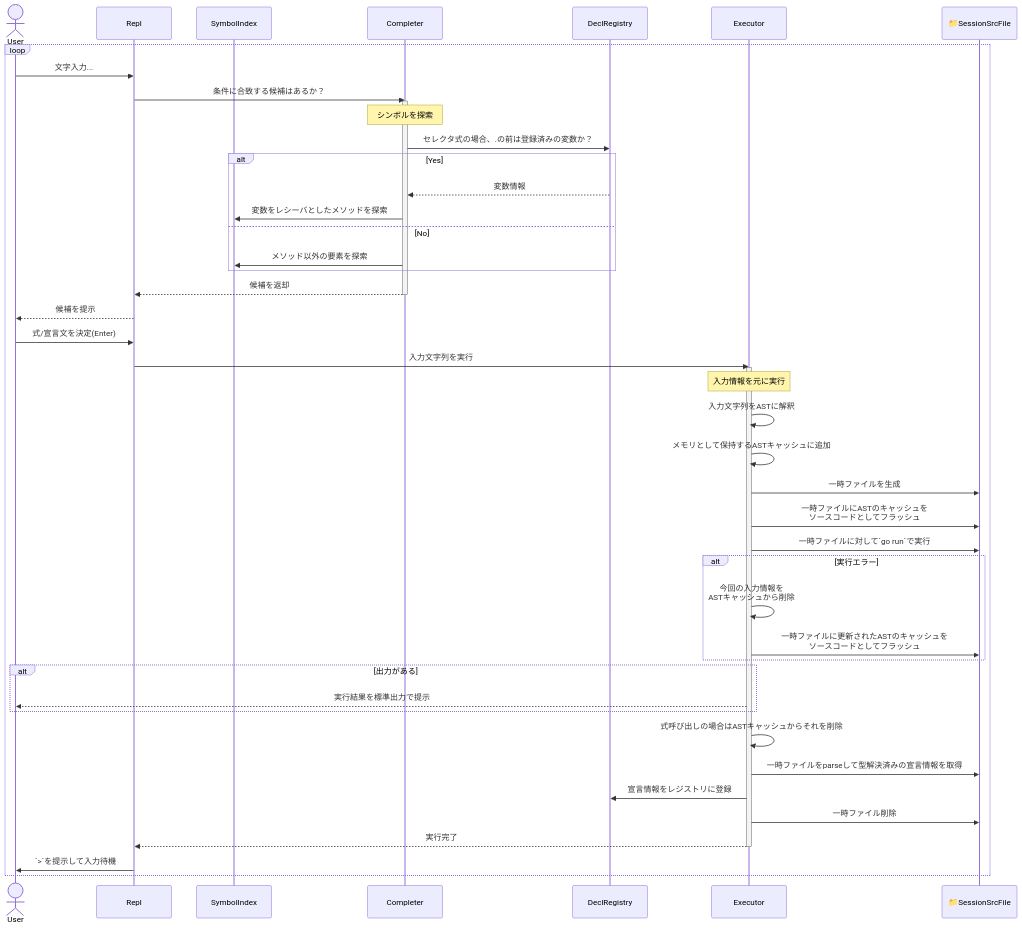
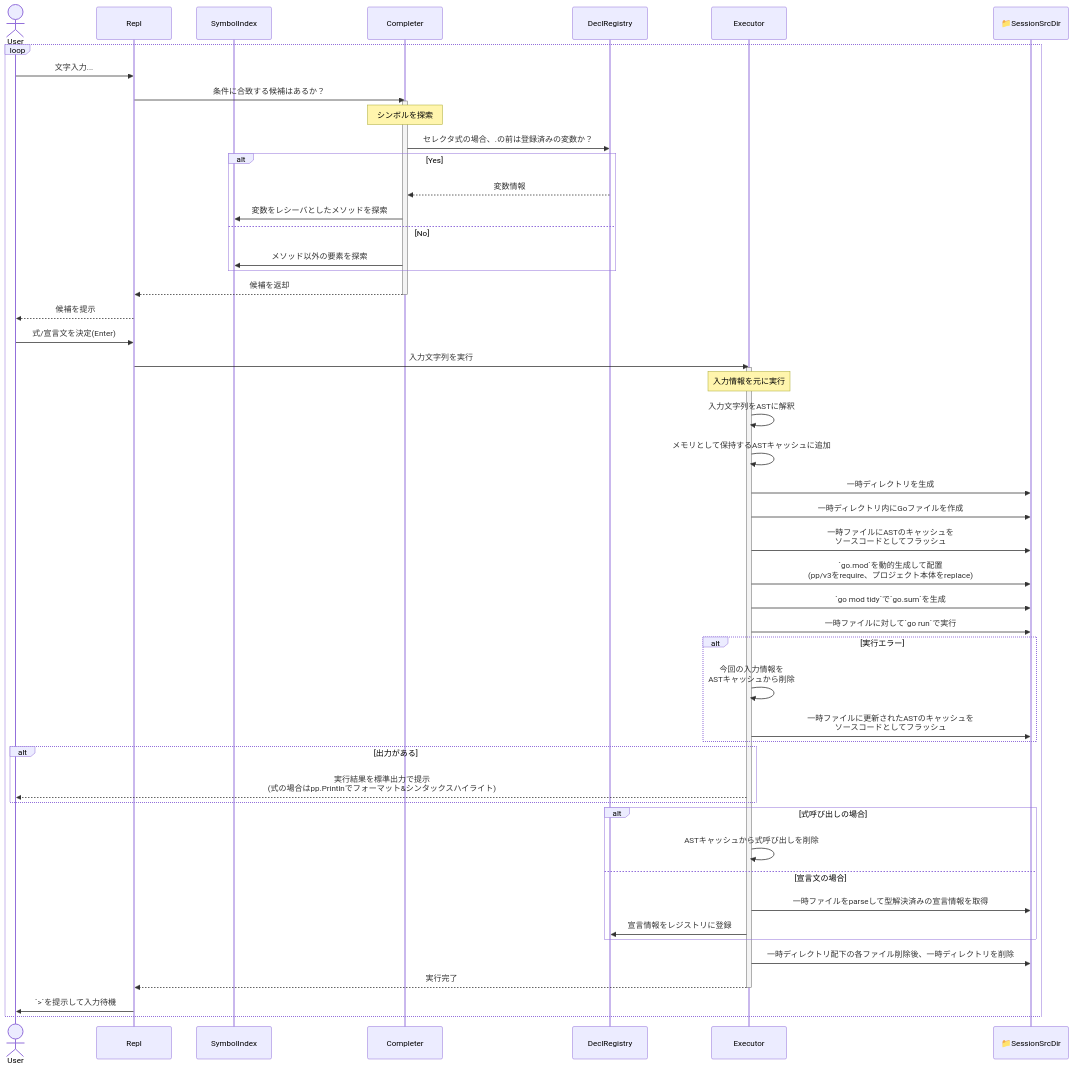
The diagram in docs/SEQUENCE.md (kakkky/gonsole), drawn with Mermaid before and after one commit. The commit also changed 1 other file, not shown here.

Commit message:
📝 Update docs for dev

````diff
--- a/docs/SEQUENCE.md
+++ b/docs/SEQUENCE.md
@@ -3,51 +3,57 @@
 ```mermaid
 sequenceDiagram
     actor User
     participant Repl
     participant SymbolIndex
     participant Completer
     participant DeclRegistry
     participant Executor
-    participant SessionSrcFile as 📁SessionSrcFile
+    participant SessionSrcDir as 📁SessionSrcDir
 
     loop
         User->>Repl: 文字入力...
         Repl->>Completer: 条件に合致する候補はあるか？
         activate Completer
             Note over Completer: シンボルを探索
             Completer->>DeclRegistry: セレクタ式の場合、.の前は登録済みの変数か？
             alt Yes
                 DeclRegistry-->>Completer:変数情報
                 Completer->>SymbolIndex: 変数をレシーバとしたメソッドを探索
             else No
                 Completer->>SymbolIndex: メソッド以外の要素を探索
             end
             Completer-->>Repl: 候補を返却
         deactivate Completer
 
         Repl-->>User: 候補を提示
         User->>Repl: 式/宣言文を決定(Enter)
         Repl->>Executor: 入力文字列を実行
         activate Executor
             Note over Executor: 入力情報を元に実行
             Executor->>Executor: 入力文字列をASTに解釈
             Executor->>Executor: メモリとして保持するASTキャッシュに追加
-            Executor->>SessionSrcFile: 一時ファイルを生成
-            Executor->>SessionSrcFile: 一時ファイルにASTのキャッシュを<br>ソースコードとしてフラッシュ
-            Executor->>SessionSrcFile: 一時ファイルに対して`go run`で実行
+            Executor->>SessionSrcDir: 一時ディレクトリを生成
+            Executor->>SessionSrcDir: 一時ディレクトリ内にGoファイルを作成
+            Executor->>SessionSrcDir: 一時ファイルにASTのキャッシュを<br>ソースコードとしてフラッシュ
+            Executor->>SessionSrcDir: `go.mod`を動的生成して配置<br>(pp/v3をrequire、プロジェクト本体をreplace)
+            Executor->>SessionSrcDir: `go mod tidy`で`go.sum`を生成
+            Executor->>SessionSrcDir: 一時ファイルに対して`go run`で実行
             alt 実行エラー
                 Executor->>Executor: 今回の入力情報を<br>ASTキャッシュから削除
-                Executor->>SessionSrcFile: 一時ファイルに更新されたASTのキャッシュを<br>ソースコードとしてフラッシュ
+                Executor->>SessionSrcDir: 一時ファイルに更新されたASTのキャッシュを<br>ソースコードとしてフラッシュ
             end
             alt 出力がある
-                Executor-->>User: 実行結果を標準出力で提示
+                Executor-->>User: 実行結果を標準出力で提示<br>(式の場合はpp.Printlnでフォーマット&シンタックスハイライト)
             end
-            Executor->>Executor: 式呼び出しの場合はASTキャッシュからそれを削除
-            Executor->>SessionSrcFile: 一時ファイルをparseして型解決済みの宣言情報を取得
-            Executor->>DeclRegistry: 宣言情報をレジストリに登録
-            Executor->>SessionSrcFile: 一時ファイル削除
+            alt 式呼び出しの場合
+                Executor->>Executor: ASTキャッシュから式呼び出しを削除
+            else 宣言文の場合
+                Executor->>SessionSrcDir: 一時ファイルをparseして型解決済みの宣言情報を取得
+                Executor->>DeclRegistry: 宣言情報をレジストリに登録
+            end
+            Executor->>SessionSrcDir: 一時ディレクトリ配下の各ファイル削除後、一時ディレクトリを削除
             Executor-->>Repl:実行完了
         deactivate Executor
         Repl->>User: `>`を提示して入力待機
     end
 ```
````
